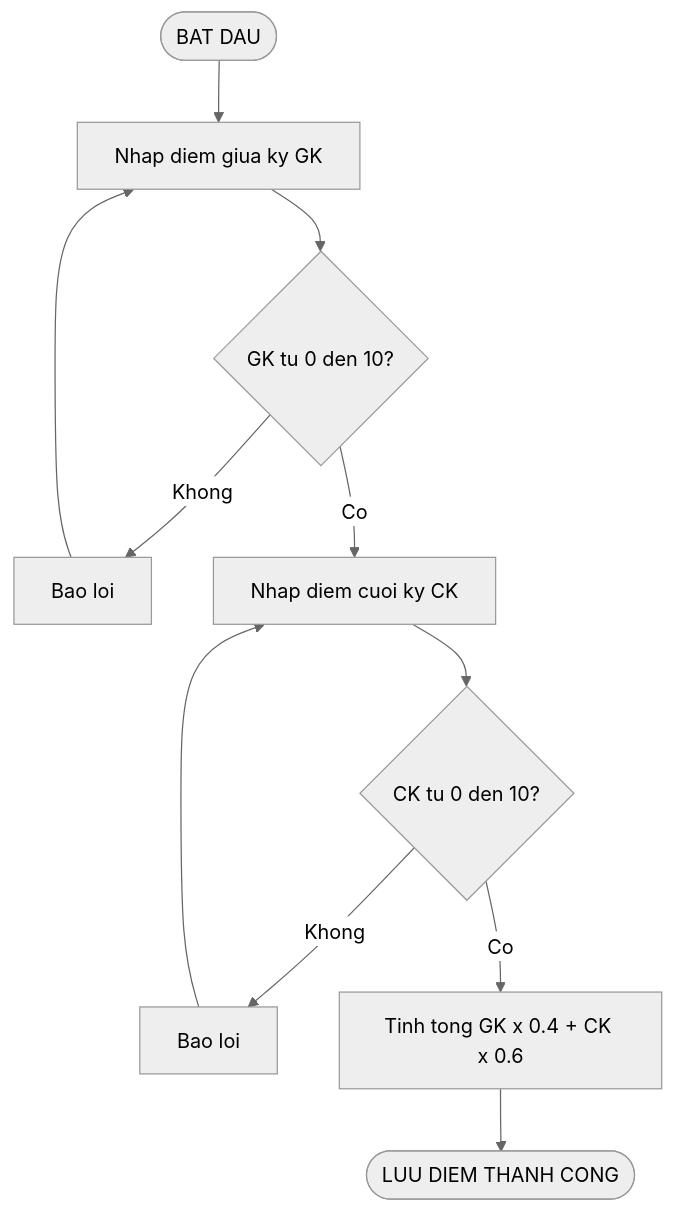
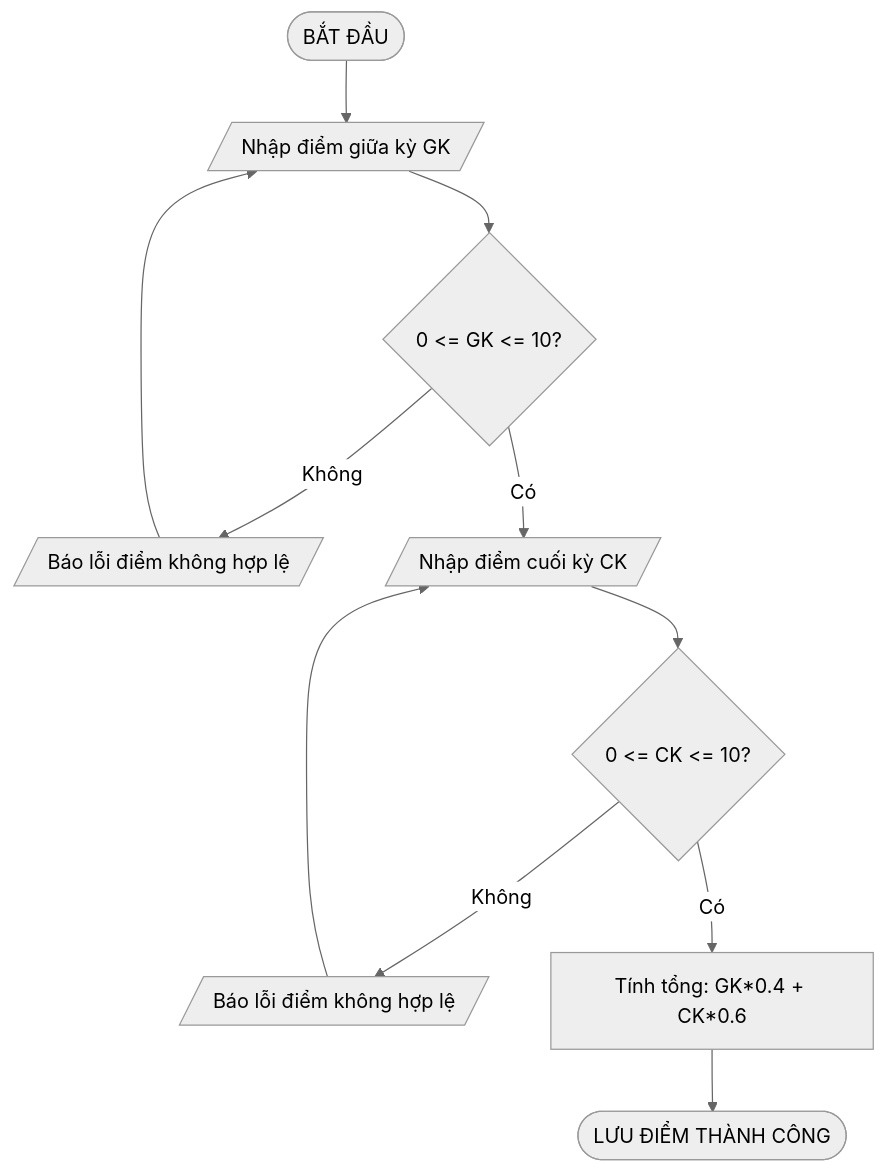
One commit to phucphuc2006/pro-192 changed the ninth of 20 diagrams in docs/Flowcharts/Flowcharts.md. Above: the diagram before and after it, drawn with Mermaid (neutral theme). The commit also changed other lines of this file, not shown here.

Commit message:
Restore original Mermaid flowcharts

````diff
--- a/docs/Flowcharts/Flowcharts.md
+++ b/docs/Flowcharts/Flowcharts.md
@@ -140,13 +160,13 @@
 ```mermaid
 flowchart TD
-    A(["BAT DAU"]) --> B["Nhap diem giua ky GK"]
-    B --> C{"GK tu 0 den 10?"}
-    C -->|Khong| D["Bao loi"]
+    A([BẮT ĐẦU]) --> B[/Nhập điểm giữa kỳ GK/]
+    B --> C{0 <= GK <= 10?}
+    C -->|Không| D[/Báo lỗi điểm không hợp lệ/]
     D --> B
-    C -->|Co| E["Nhap diem cuoi ky CK"]
-    E --> F{"CK tu 0 den 10?"}
-    F -->|Khong| G["Bao loi"]
+    C -->|Có| E[/Nhập điểm cuối kỳ CK/]
+    E --> F{0 <= CK <= 10?}
+    F -->|Không| G[/Báo lỗi điểm không hợp lệ/]
     G --> E
-    F -->|Co| H["Tinh tong GK x 0.4 + CK x 0.6"]
-    H --> I(["LUU DIEM THANH CONG"])
+    F -->|Có| H["Tính tổng: GK*0.4 + CK*0.6"]
+    H --> I([LƯU ĐIỂM THÀNH CÔNG])
 ```
````
